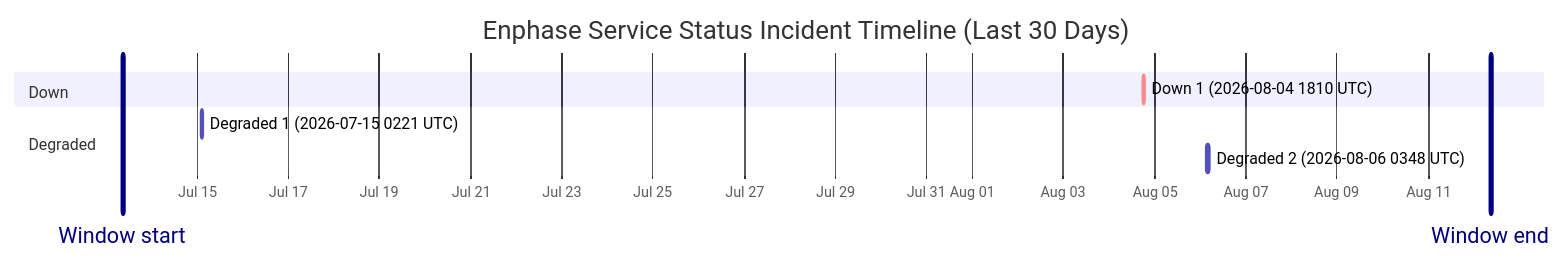
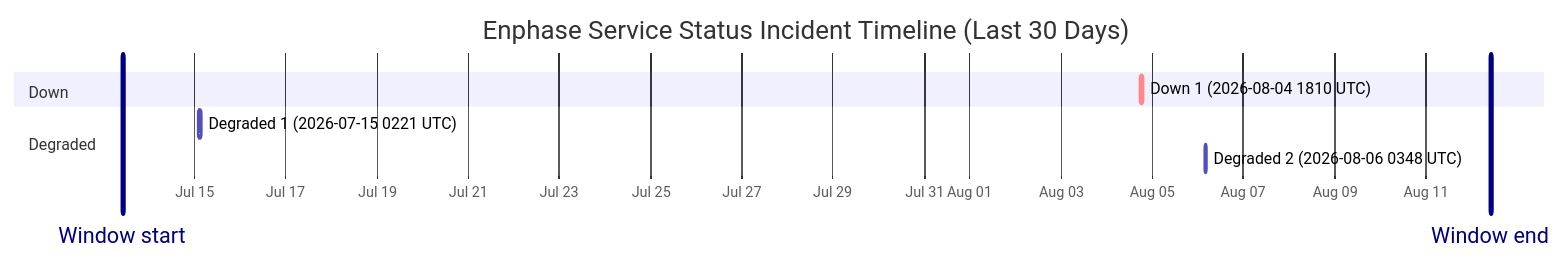
The diagram in wiki/Service-Status-History.md (barneyonline/ha-enphase-energy), drawn with Mermaid before and after one commit. The commit also changed other lines of this file and 3 other files, not shown here.

````diff
--- a/wiki/Service-Status-History.md
+++ b/wiki/Service-Status-History.md
@@ -14,13 +14,13 @@
 ```mermaid
 gantt
     title Enphase Service Status Incident Timeline (Last 30 Days)
     dateFormat  YYYY-MM-DDTHH:mm:ss
     axisFormat  %b %d
-    Window start :vert, window-start, 2026-07-13T08:46:38, 0ms
-    Window end :vert, window-end, 2026-08-12T08:46:38, 0ms
+    Window start :vert, window-start, 2026-07-13T10:01:53, 0ms
+    Window end :vert, window-end, 2026-08-12T10:01:53, 0ms
     section Down
     Down 1 (2026-08-04 1810 UTC) :crit, down-1, 2026-08-04T18:10:46, 60m
     section Degraded
     Degraded 1 (2026-07-15 0221 UTC) :active, degraded-1, 2026-07-15T02:21:35, 60m
     Degraded 2 (2026-08-06 0348 UTC) :active, degraded-2, 2026-08-06T03:48:14, 60m
 ```
````
